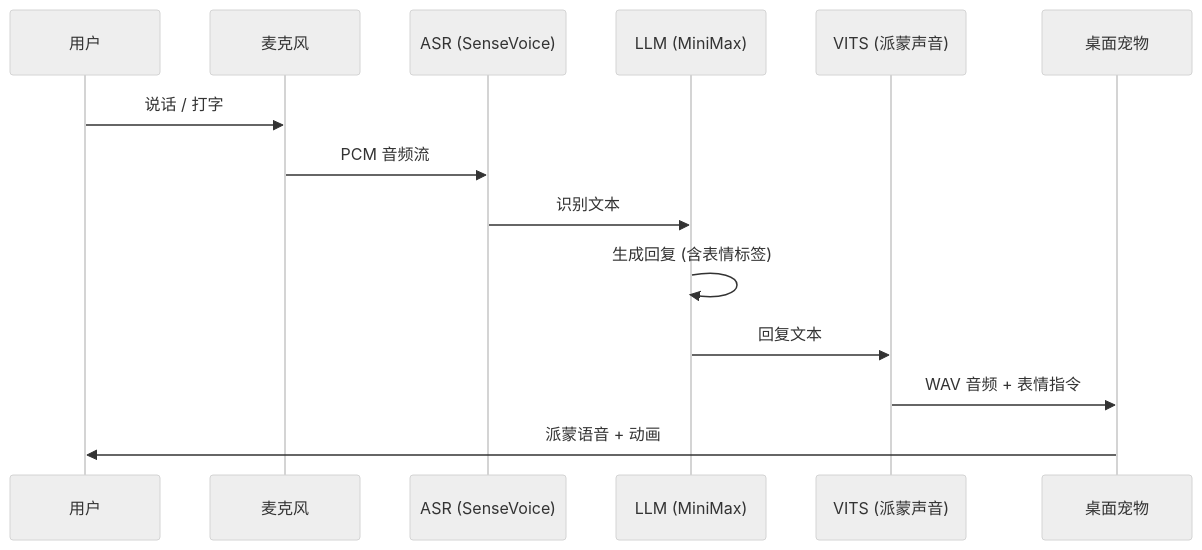
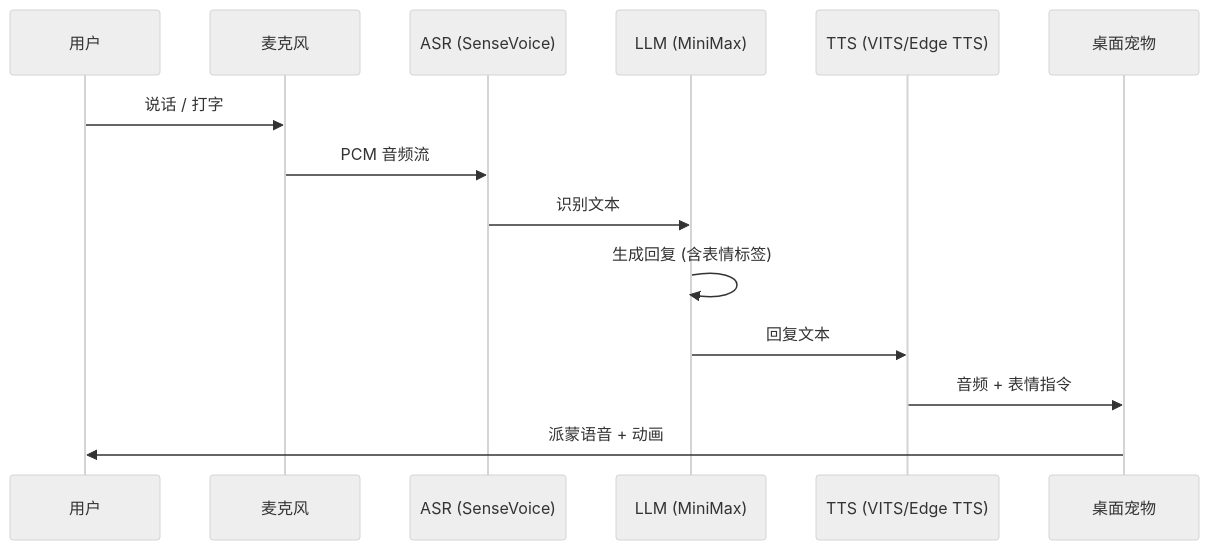
Before and after one commit to gaaiyun/paimon-pet: the second of 2 diagrams in README.md, drawn with Mermaid (neutral theme). The commit also changed other lines of this file and 1 other file, not shown here.

Commit message:
docs: 完善从零开始安装指南，更新架构图和一键启动说明

````diff
--- a/README.md
+++ b/README.md
@@ -56,17 +58,17 @@
 ```mermaid
 sequenceDiagram
     participant User as 用户
     participant Mic as 麦克风
     participant ASR as ASR (SenseVoice)
     participant LLM as LLM (MiniMax)
-    participant TTS as VITS (派蒙声音)
+    participant TTS as TTS (VITS/Edge TTS)
     participant Pet as 桌面宠物
 
     User->>Mic: 说话 / 打字
     Mic->>ASR: PCM 音频流
     ASR->>LLM: 识别文本
     LLM->>LLM: 生成回复 (含表情标签)
     LLM->>TTS: 回复文本
-    TTS->>Pet: WAV 音频 + 表情指令
+    TTS->>Pet: 音频 + 表情指令
     Pet->>User: 派蒙语音 + 动画
 ```
````
